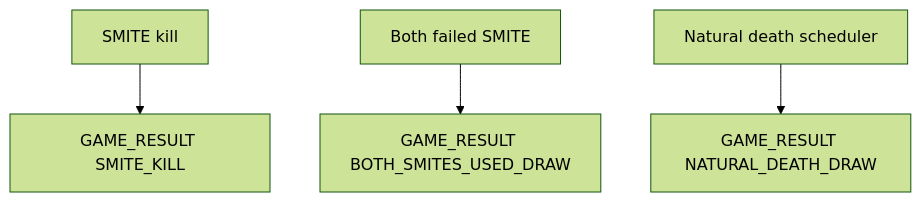
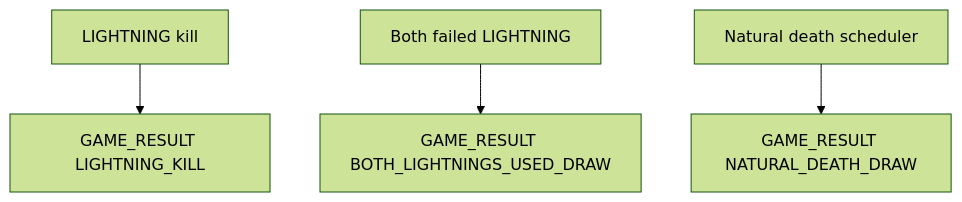
The fifth of 5 diagrams in docs/antigravity/backend/issue-50-game-end-scheduler-settlement.md (moonwhistle/League-of-Star), drawn with Mermaid (forest theme) before and after one commit. The commit also changed other lines of this file and 70 other files, not shown here.

````diff
--- a/docs/antigravity/backend/issue-50-game-end-scheduler-settlement.md
+++ b/docs/antigravity/backend/issue-50-game-end-scheduler-settlement.md
@@ -289,6 +289,6 @@
 ```mermaid
 flowchart TD
-    A[SMITE kill] --> R[GAME_RESULT SMITE_KILL]
-    B[Both failed SMITE] --> R2[GAME_RESULT BOTH_SMITES_USED_DRAW]
+    A[LIGHTNING kill] --> R[GAME_RESULT LIGHTNING_KILL]
+    B[Both failed LIGHTNING] --> R2[GAME_RESULT BOTH_LIGHTNINGS_USED_DRAW]
     C[Natural death scheduler] --> R3[GAME_RESULT NATURAL_DEATH_DRAW]
 ```
````
